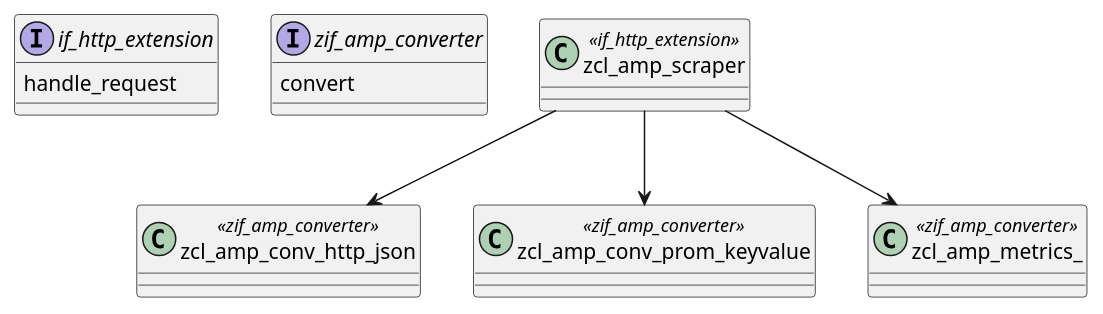
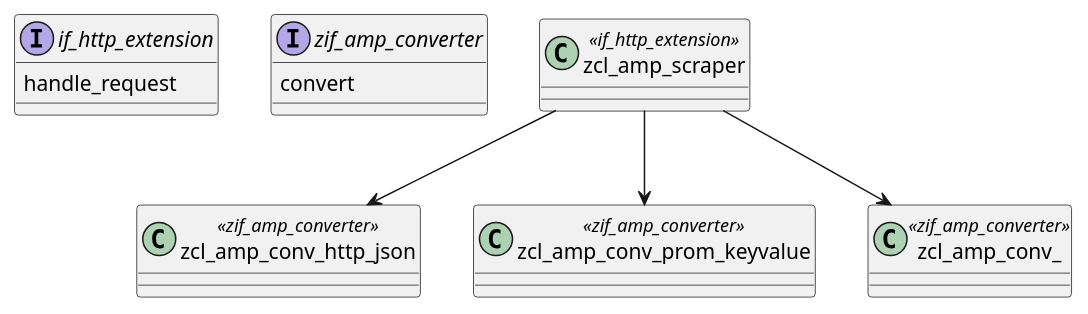
One commit to abap-observability-tools/abap-metrics-provider changed the second of 2 diagrams in architecture/architecture_class.plantuml. Above: the diagram before and after it, drawn with PlantUML. The commit also changed 1 other file, not shown here.

Commit message:
plantuml architecture for scraper type fixed (#175)

```diff
--- a/architecture/architecture_class.plantuml
+++ b/architecture/architecture_class.plantuml
@@ -23,21 +23,21 @@
 @startuml scraper
 
 
 interface if_http_extension{
   handle_request
 }
 interface zif_amp_converter{
   convert
 }
 
 class zcl_amp_scraper <<if_http_extension>>
 
 class zcl_amp_conv_http_json <<zif_amp_converter>>
 class zcl_amp_conv_prom_keyvalue <<zif_amp_converter>>
-class zcl_amp_metrics_ <<zif_amp_converter>>
+class zcl_amp_conv_ <<zif_amp_converter>>
 
 zcl_amp_scraper --> zcl_amp_conv_http_json
 zcl_amp_scraper --> zcl_amp_conv_prom_keyvalue
-zcl_amp_scraper --> zcl_amp_metrics_
+zcl_amp_scraper --> zcl_amp_conv_
 
 @enduml
```
